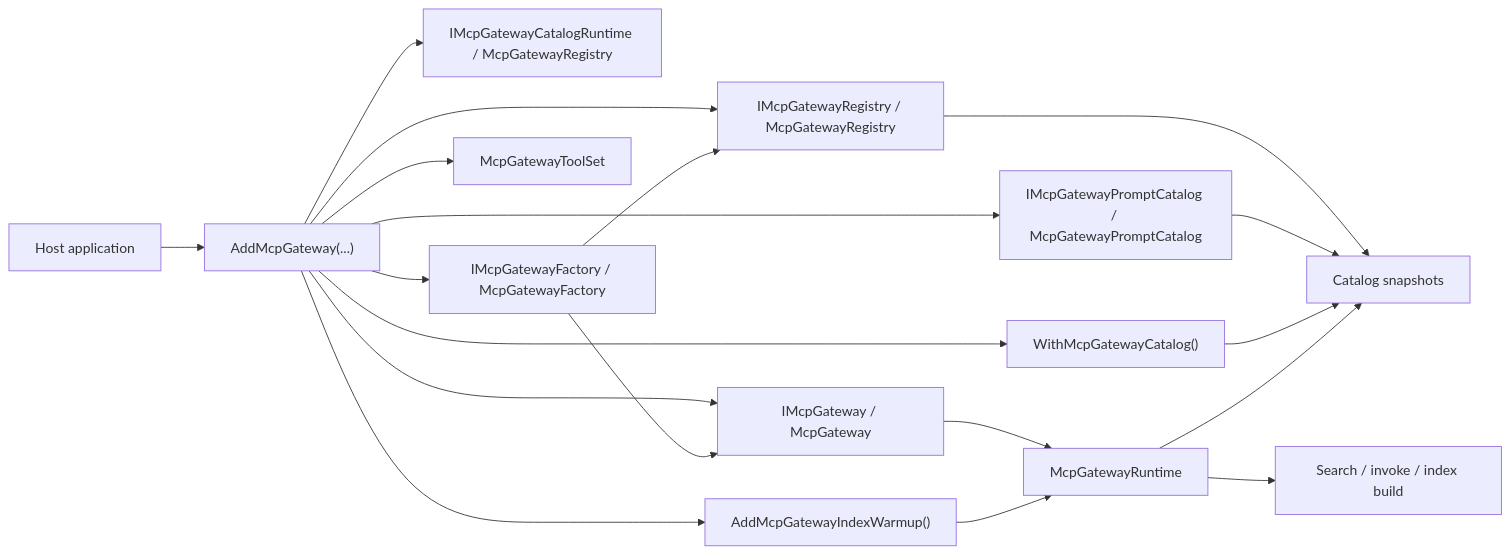
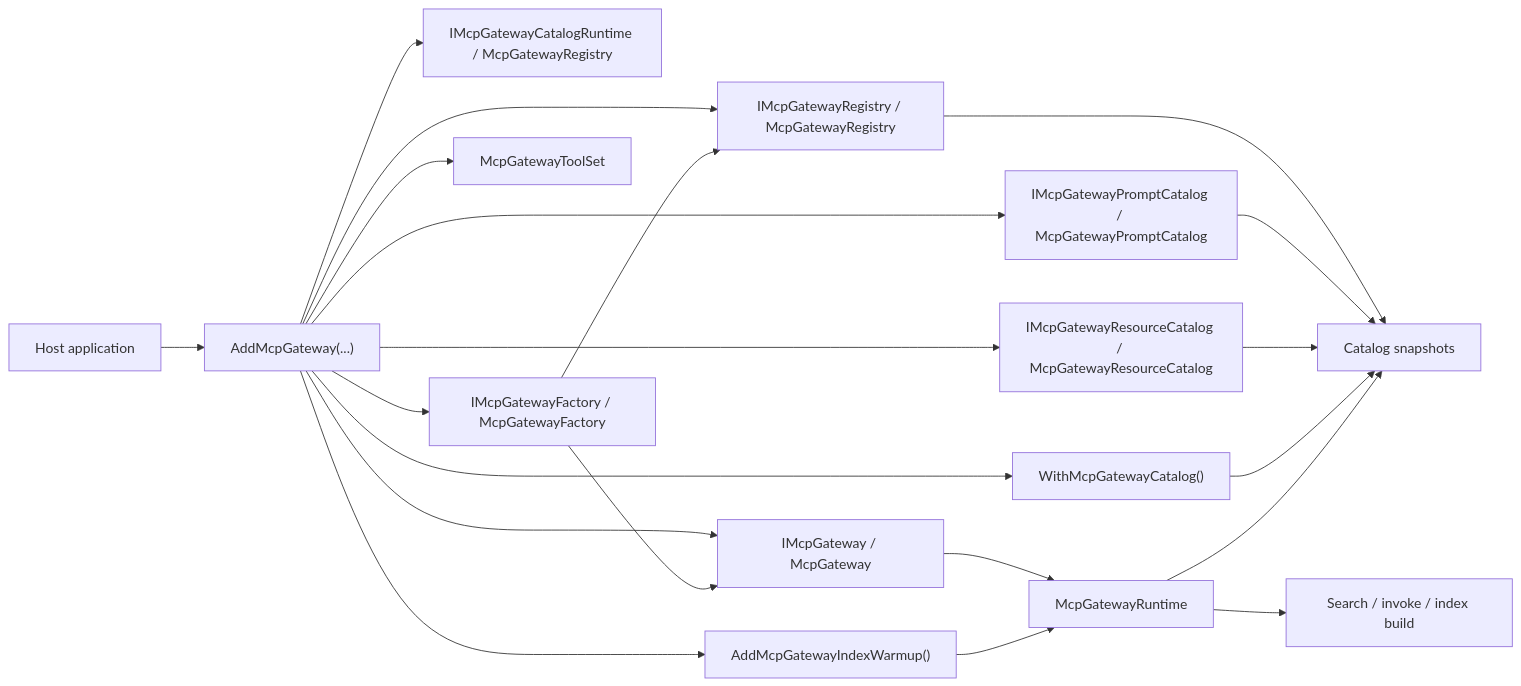
Before and after one commit to managedcode/MCPGateway: the diagram in docs/ADR/ADR-0001-runtime-boundaries-and-index-lifecycle.md, drawn with Mermaid. The commit also changed other lines of this file and 67 other files, not shown here.

````diff
--- a/docs/ADR/ADR-0001-runtime-boundaries-and-index-lifecycle.md
+++ b/docs/ADR/ADR-0001-runtime-boundaries-and-index-lifecycle.md
@@ -27,21 +29,23 @@
 ```mermaid
 flowchart LR
     Host["Host application"] --> DI["AddMcpGateway(...)"]
     DI --> Gateway["IMcpGateway / McpGateway"]
     DI --> Registry["IMcpGatewayRegistry / McpGatewayRegistry"]
     DI --> CatalogRuntime["IMcpGatewayCatalogRuntime / McpGatewayRegistry"]
     DI --> PromptCatalog["IMcpGatewayPromptCatalog / McpGatewayPromptCatalog"]
+    DI --> ResourceCatalog["IMcpGatewayResourceCatalog / McpGatewayResourceCatalog"]
     DI --> Factory["IMcpGatewayFactory / McpGatewayFactory"]
     DI --> ToolSet["McpGatewayToolSet"]
     DI --> McpServerExport["WithMcpGatewayCatalog()"]
     DI --> Warmup["AddMcpGatewayIndexWarmup()"]
     Factory --> Gateway
     Factory --> Registry
     Gateway --> Runtime["McpGatewayRuntime"]
     Registry --> Snapshot["Catalog snapshots"]
     PromptCatalog --> Snapshot
+    ResourceCatalog --> Snapshot
     McpServerExport --> Snapshot
     Runtime --> Snapshot
     Warmup --> Runtime
     Runtime --> Search["Search / invoke / index build"]
 ```
````
